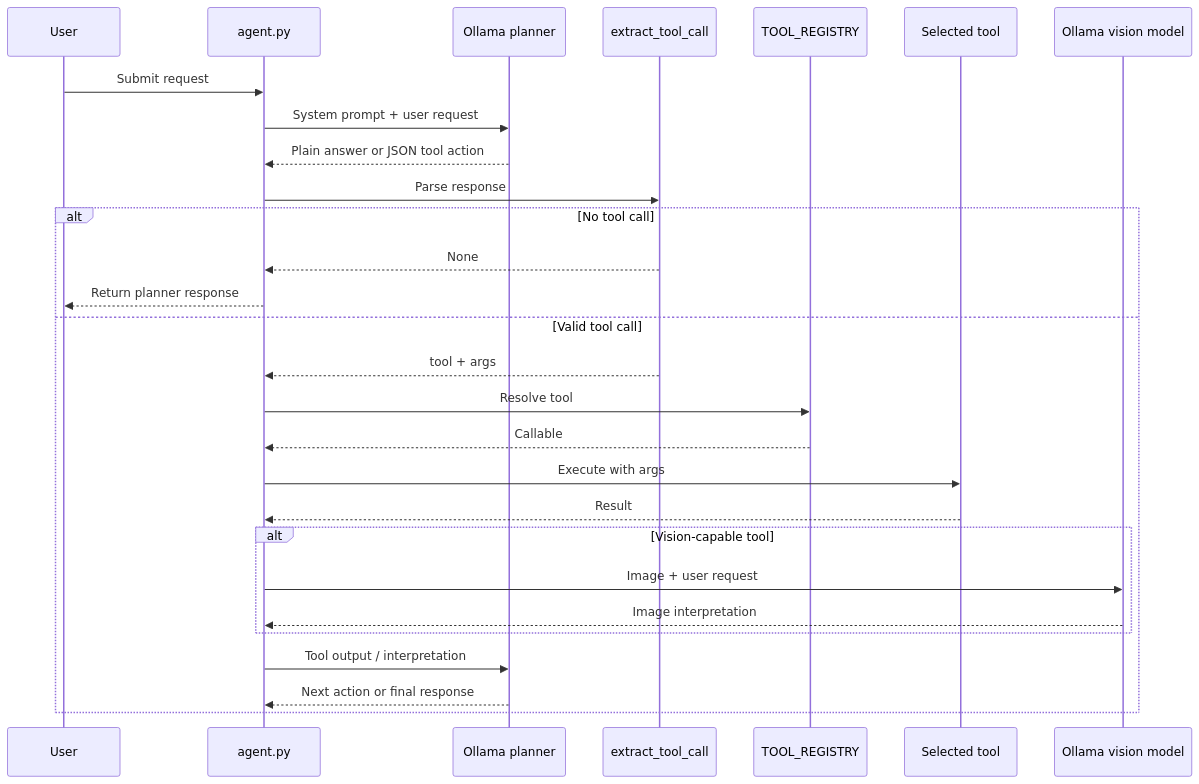
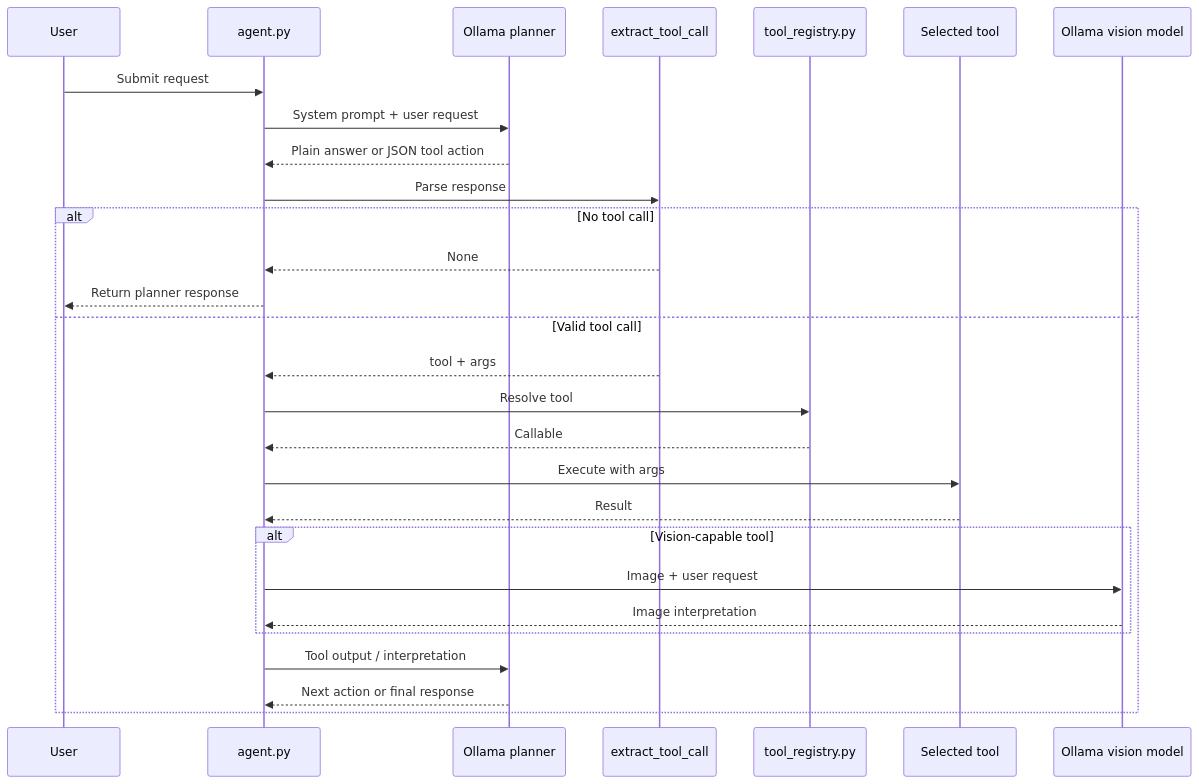
One commit to eigenlambda123/AIgen changed the second of 13 diagrams in ARCHITECTURE.md. Above: the diagram before and after it, drawn with Mermaid. The commit also changed other lines of this file and 6 other files, not shown here.

Commit message:
refactor: Created a 'tool_registry' file for a central registry for the tools exposed to the agent and CLI

````diff
--- a/ARCHITECTURE.md
+++ b/ARCHITECTURE.md
@@ -42,31 +43,31 @@
 ```mermaid
 sequenceDiagram
     participant User
     participant Agent as agent.py
     participant Planner as Ollama planner
     participant Parser as extract_tool_call
-    participant Registry as TOOL_REGISTRY
+    participant Registry as tool_registry.py
     participant Tool as Selected tool
     participant Vision as Ollama vision model
 
     User->>Agent: Submit request
     Agent->>Planner: System prompt + user request
     Planner-->>Agent: Plain answer or JSON tool action
     Agent->>Parser: Parse response
     alt No tool call
         Parser-->>Agent: None
         Agent-->>User: Return planner response
     else Valid tool call
         Parser-->>Agent: tool + args
         Agent->>Registry: Resolve tool
         Registry-->>Agent: Callable
         Agent->>Tool: Execute with args
         Tool-->>Agent: Result
         alt Vision-capable tool
             Agent->>Vision: Image + user request
             Vision-->>Agent: Image interpretation
         end
         Agent->>Planner: Tool output / interpretation
         Planner-->>Agent: Next action or final response
     end
 ```
````
